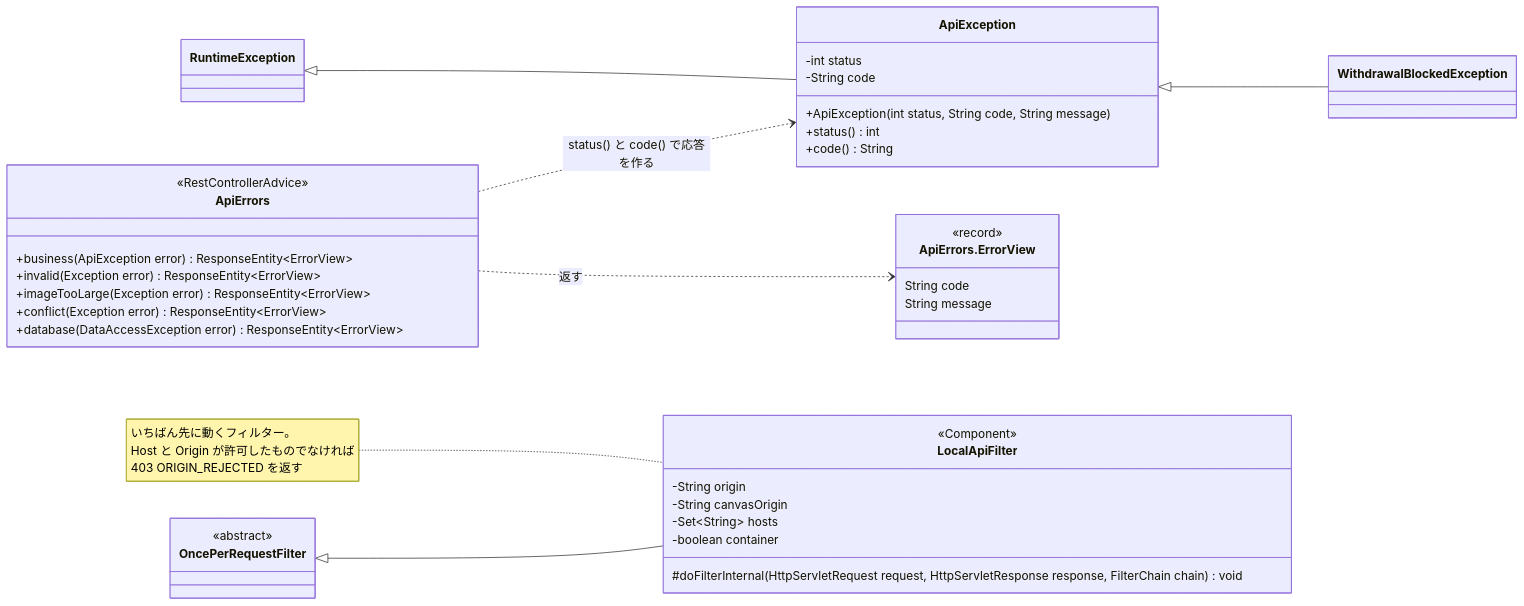
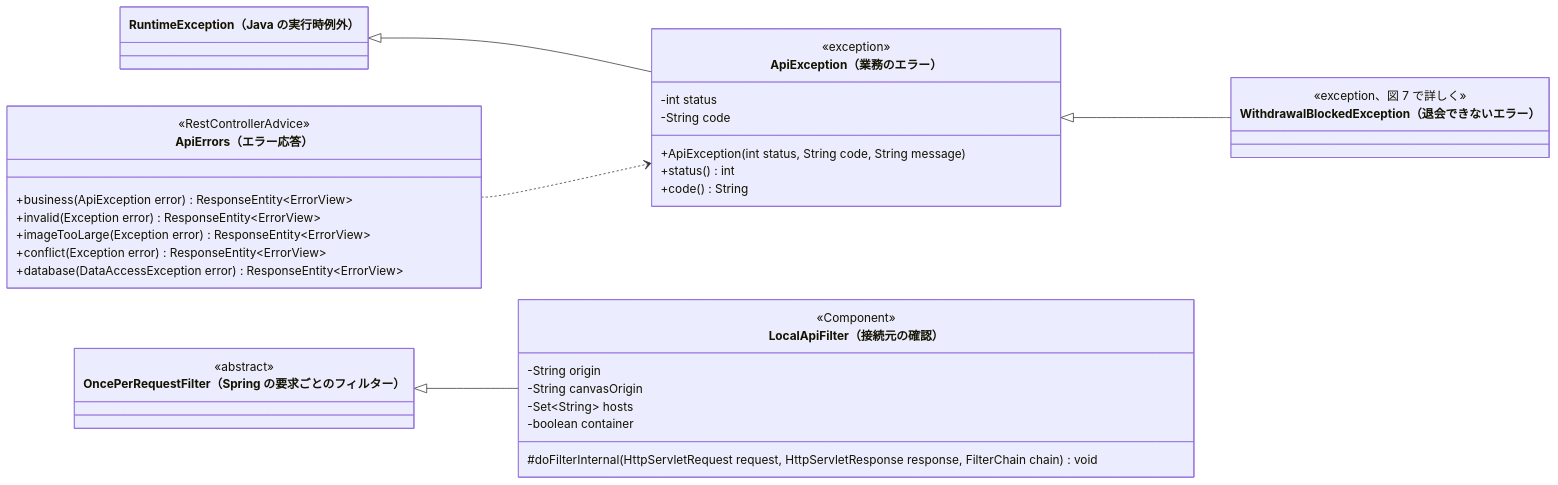
Before and after one commit to abeouga/kusakari-document: the second of 11 diagrams in クラス図/kusakari-ec/01_共通と認証と会員.md, drawn with Mermaid. The commit also changed other lines of this file and 87 other files, not shown here.

Commit message:
EC のクラス図に全体図を足し、詳細図をデータとモジュールの図に分けて書き直す

````diff
--- a/クラス図/kusakari-ec/01_共通と認証と会員.md
+++ b/クラス図/kusakari-ec/01_共通と認証と会員.md
@@ -91,43 +115,40 @@
 ```mermaid
 classDiagram
     direction LR
-    class RuntimeException
-    class ApiException {
+    class RuntimeException["RuntimeException（Java の実行時例外）"]
+    class ApiException["ApiException（業務のエラー）"] {
+        <<exception>>
         -int status
         -String code
         +ApiException(int status, String code, String message)
         +status() int
         +code() String
     }
-    class ApiErrors {
+    class ApiErrors["ApiErrors（エラー応答）"] {
         <<RestControllerAdvice>>
         +business(ApiException error) ResponseEntity~ErrorView~
         +invalid(Exception error) ResponseEntity~ErrorView~
         +imageTooLarge(Exception error) ResponseEntity~ErrorView~
         +conflict(Exception error) ResponseEntity~ErrorView~
         +database(DataAccessException error) ResponseEntity~ErrorView~
     }
-    class ErrorView["ApiErrors.ErrorView"] {
-        <<record>>
-        String code
-        String message
-    }
-    class OncePerRequestFilter {
+    class OncePerRequestFilter["OncePerRequestFilter（Spring の要求ごとのフィルター）"] {
         <<abstract>>
     }
-    class LocalApiFilter {
+    class LocalApiFilter["LocalApiFilter（接続元の確認）"] {
         <<Component>>
         -String origin
         -String canvasOrigin
         -Set~String~ hosts
         -boolean container
         #doFilterInternal(HttpServletRequest request, HttpServletResponse response, FilterChain chain) void
     }
-    class WithdrawalBlockedException
+    class WithdrawalBlockedException["WithdrawalBlockedException（退会できないエラー）"] {
+        <<exception、図 7 で詳しく>>
+    }
+
     RuntimeException <|-- ApiException
     ApiException <|-- WithdrawalBlockedException
-    ApiErrors ..> ApiException : status() と code() で応答を作る
-    ApiErrors ..> ErrorView : 返す
+    ApiErrors ..> ApiException
     OncePerRequestFilter <|-- LocalApiFilter
-    note for LocalApiFilter "いちばん先に動くフィルター。<br/>Host と Origin が許可したものでなければ<br/>403 ORIGIN_REJECTED を返す"
 ```
````
